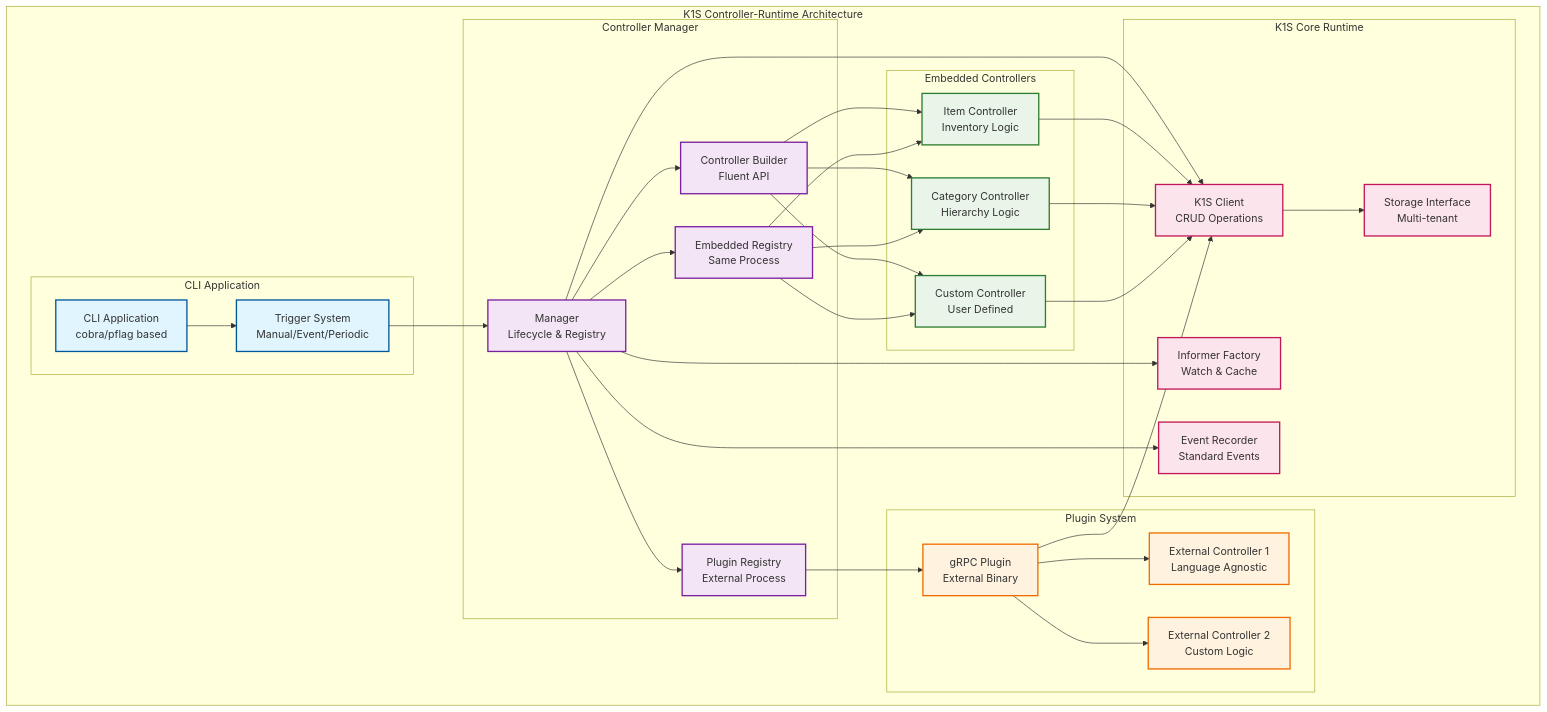
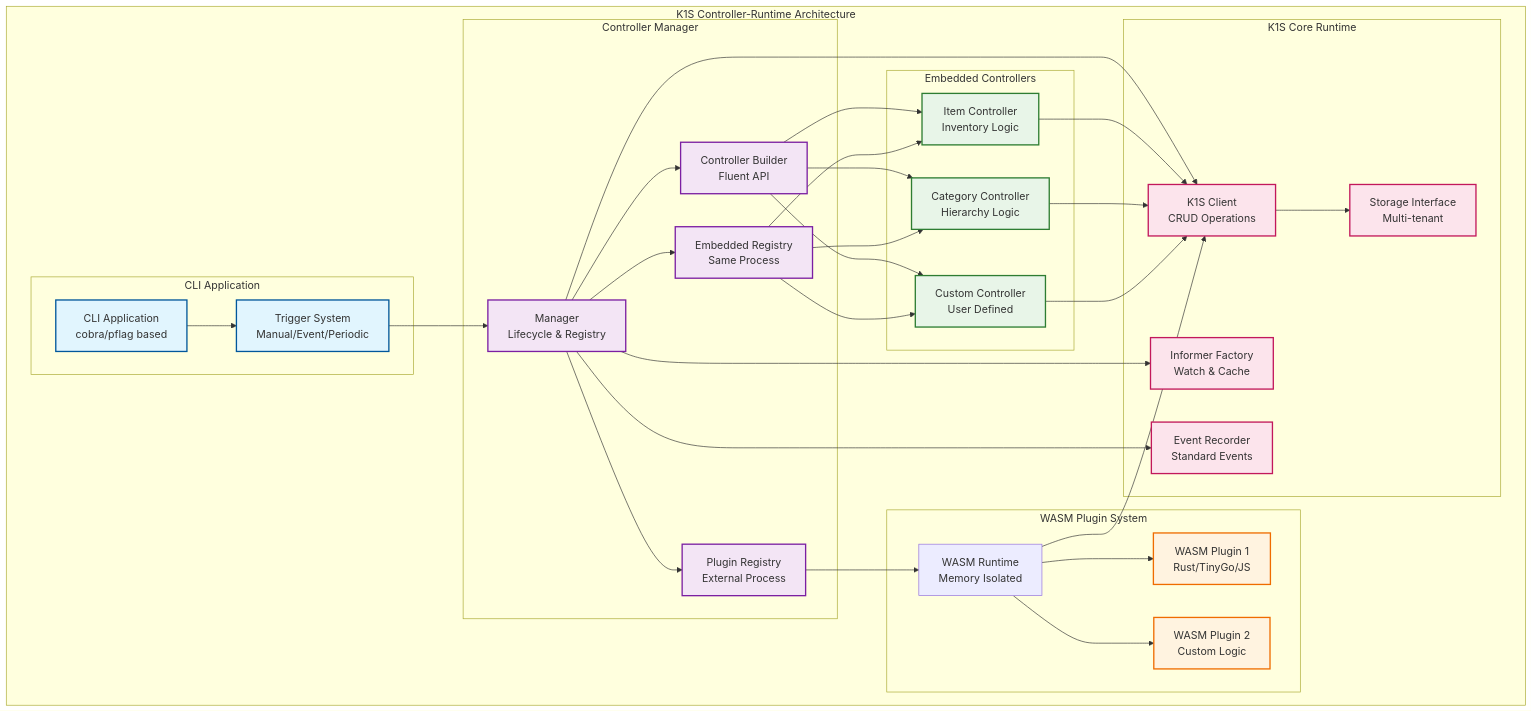
One commit to dtomasi/k1s changed the first of 4 diagrams in docs/Controller-Runtime-Package.md. Above: the diagram before and after it, drawn with Mermaid. The commit also changed other lines of this file and 5 other files, not shown here.

Commit message:
chore(architecture): update documentation regarding controller-runtime with internal and external plugins via wasm

````diff
--- a/docs/Controller-Runtime-Package.md
+++ b/docs/Controller-Runtime-Package.md
@@ -13,80 +20,80 @@
 ```mermaid
 graph TB
     subgraph "K1S Controller-Runtime Architecture"
         subgraph "CLI Application"
             CLI[CLI Application<br/>cobra/pflag based]
             TRIGGER[Trigger System<br/>Manual/Event/Periodic]
         end
         
         subgraph "Controller Manager"
             MGR[Manager<br/>Lifecycle & Registry]
             BUILDER[Controller Builder<br/>Fluent API]
             EMBEDDED[Embedded Registry<br/>Same Process]
             PLUGINS[Plugin Registry<br/>External Process]
         end
         
         subgraph "Embedded Controllers"
             CTRL1[Item Controller<br/>Inventory Logic]
             CTRL2[Category Controller<br/>Hierarchy Logic]
             CTRL3[Custom Controller<br/>User Defined]
         end
         
-        subgraph "Plugin System"
-            GRPC[gRPC Plugin<br/>External Binary]
-            PLUGIN1[External Controller 1<br/>Language Agnostic]
-            PLUGIN2[External Controller 2<br/>Custom Logic]
+        subgraph "WASM Plugin System"
+            WASM[WASM Runtime<br/>Memory Isolated]
+            PLUGIN1[WASM Plugin 1<br/>Rust/TinyGo/JS]
+            PLUGIN2[WASM Plugin 2<br/>Custom Logic]
         end
         
         subgraph "K1S Core Runtime"
             CLIENT[K1S Client<br/>CRUD Operations]
             INFORMERS[Informer Factory<br/>Watch & Cache]
             EVENTS[Event Recorder<br/>Standard Events]
             STORAGE[Storage Interface<br/>Multi-tenant]
         end
     end
     
     %% CLI Integration
     CLI --> TRIGGER
     TRIGGER --> MGR
     
     %% Manager Connections
     MGR --> BUILDER
     MGR --> EMBEDDED
     MGR --> PLUGINS
     
     %% Controller Connections
     BUILDER --> CTRL1
     BUILDER --> CTRL2
     BUILDER --> CTRL3
     EMBEDDED --> CTRL1
     EMBEDDED --> CTRL2
     EMBEDDED --> CTRL3
     
-    %% Plugin Connections  
-    PLUGINS --> GRPC
-    GRPC --> PLUGIN1
-    GRPC --> PLUGIN2
+    %% WASM Plugin Connections  
+    PLUGINS --> WASM
+    WASM --> PLUGIN1
+    WASM --> PLUGIN2
     
     %% K1S Core Integration
     MGR --> CLIENT
     MGR --> INFORMERS
     MGR --> EVENTS
     CTRL1 --> CLIENT
     CTRL2 --> CLIENT
     CTRL3 --> CLIENT
-    GRPC --> CLIENT
+    WASM --> CLIENT
     CLIENT --> STORAGE
     
     %% Styling
     classDef cliLayer fill:#e1f5fe,stroke:#01579b,stroke-width:2px
     classDef managerLayer fill:#f3e5f5,stroke:#7b1fa2,stroke-width:2px
     classDef embeddedLayer fill:#e8f5e8,stroke:#2e7d32,stroke-width:2px
     classDef pluginLayer fill:#fff3e0,stroke:#ef6c00,stroke-width:2px
     classDef coreLayer fill:#fce4ec,stroke:#c2185b,stroke-width:2px
     
     class CLI,TRIGGER cliLayer
     class MGR,BUILDER,EMBEDDED,PLUGINS managerLayer
     class CTRL1,CTRL2,CTRL3 embeddedLayer
     class GRPC,PLUGIN1,PLUGIN2 pluginLayer
     class CLIENT,INFORMERS,EVENTS,STORAGE coreLayer
 ```
````
